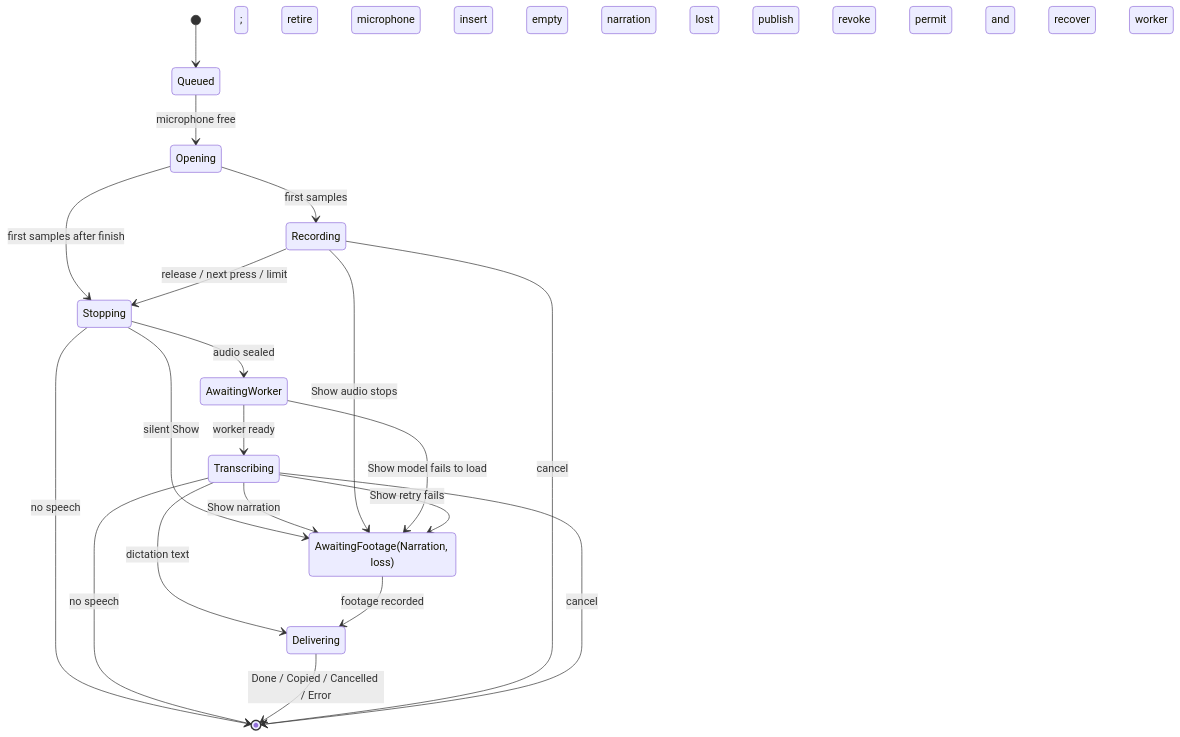
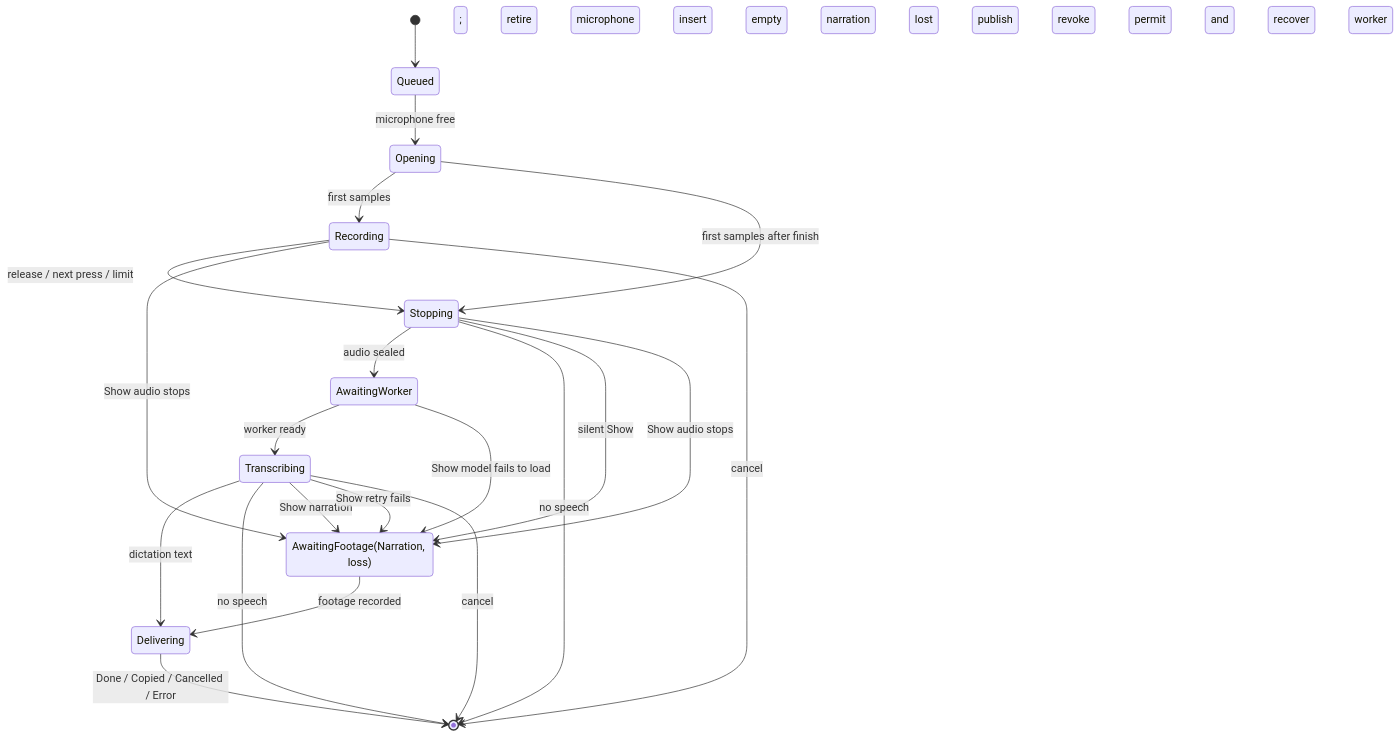
Before and after one commit to KrishRVH/speakeasy: the second of 2 diagrams in docs/architecture.md, drawn with Mermaid. The commit also changed 5 other files, not shown here.

First line of the commit message:
fix(show): keep the failure that cost a Show its narration in view

````diff
--- a/docs/architecture.md
+++ b/docs/architecture.md
@@ -218,23 +218,24 @@
 ```mermaid
 stateDiagram-v2
     state "AwaitingFootage(Narration, loss)" as AwaitingFootage
     [*] --> Queued
     Queued --> Opening: microphone free
     Opening --> Recording: first samples
     Opening --> Stopping: first samples after finish
     Recording --> Stopping: release / next press / limit
     Stopping --> AwaitingWorker: audio sealed; retire microphone
     Stopping --> [*]: no speech
     AwaitingWorker --> Transcribing: worker ready
     Transcribing --> Delivering: dictation text; insert
     Transcribing --> [*]: no speech
     Stopping --> AwaitingFootage: silent Show; empty narration
     Transcribing --> AwaitingFootage: Show narration
     Recording --> AwaitingFootage: Show audio stops; narration lost
+    Stopping --> AwaitingFootage: Show audio stops; narration lost
     AwaitingWorker --> AwaitingFootage: Show model fails to load; narration lost
     Transcribing --> AwaitingFootage: Show retry fails; narration lost
     AwaitingFootage --> Delivering: footage recorded; publish
     Delivering --> [*]: Done / Copied / Cancelled / Error
     Recording --> [*]: cancel; revoke permit and retire
     Transcribing --> [*]: cancel; revoke permit and recover worker
 ```
````
